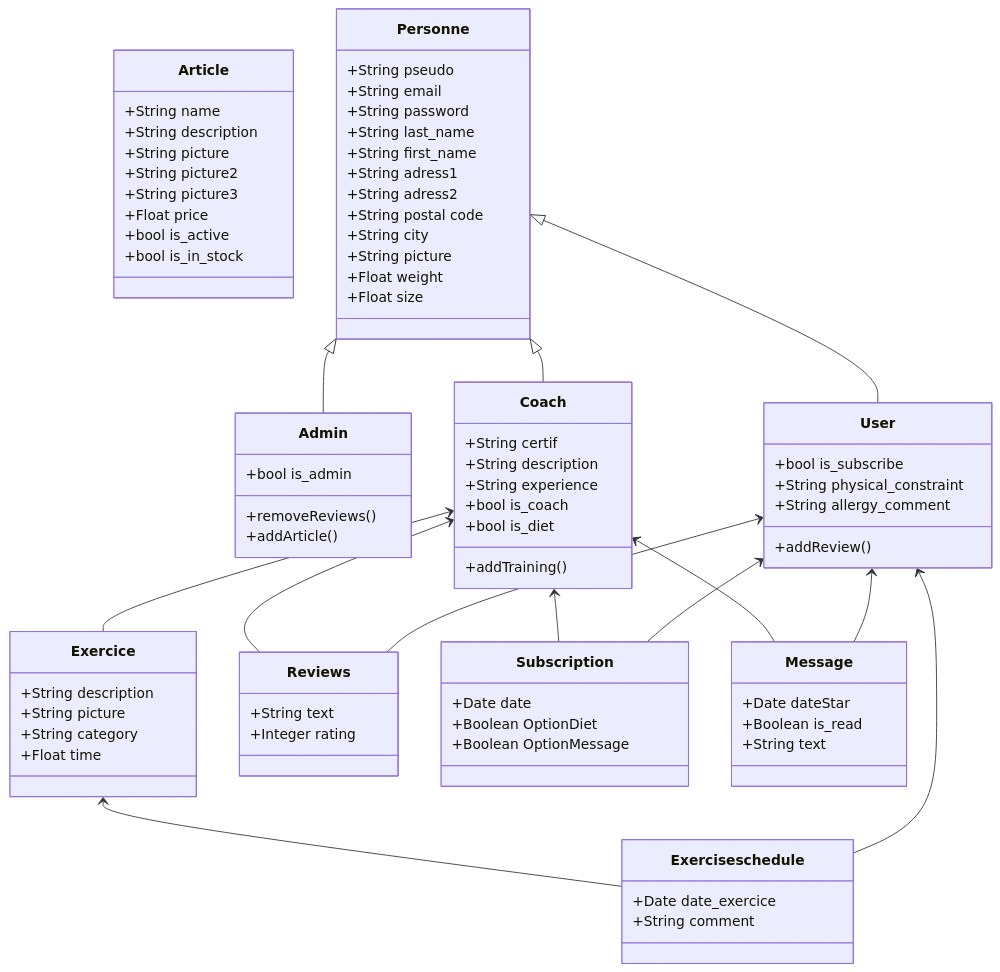
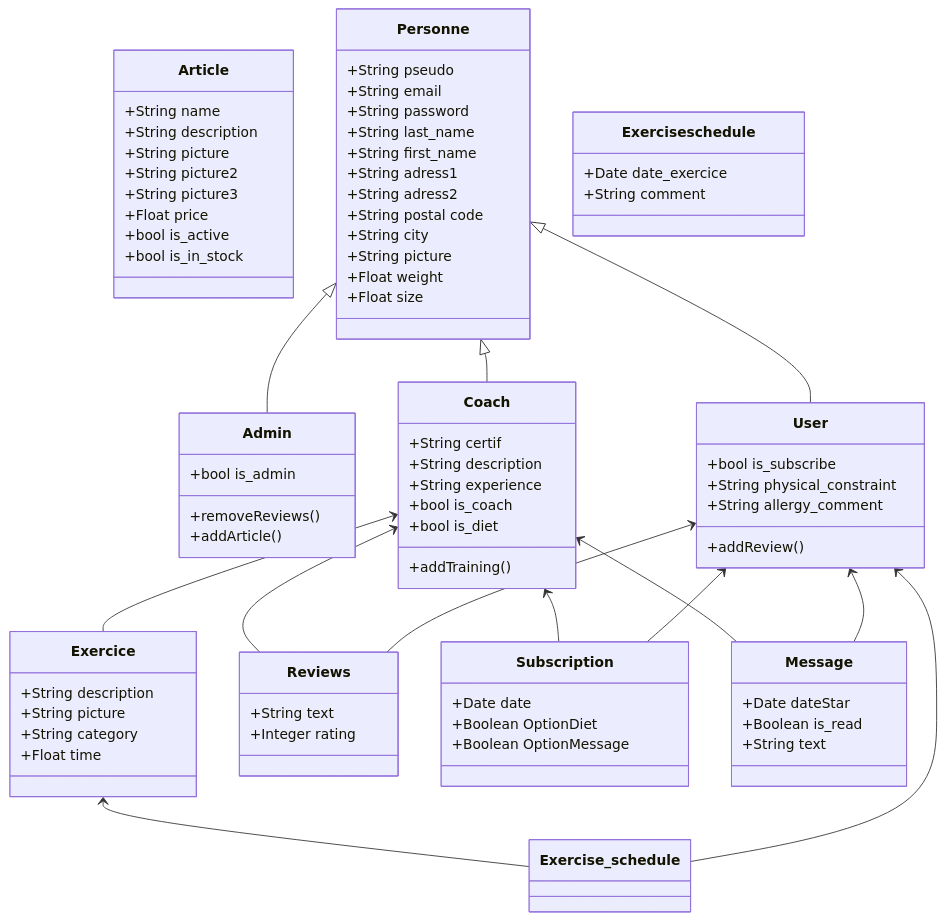
One commit to Genia888/FitnessHub changed the diagram in Documentation/class_diagram.md. Above: the diagram before and after it, drawn with Mermaid.

Commit message:
Fix class diagram naming inconsistency for Exercise_schedule

```diff
--- a/Documentation/class_diagram.md
+++ b/Documentation/class_diagram.md
@@ -82,8 +82,8 @@
 	    +String text
     }
     
-    Exercice <-- Exercise schedule
-    User <-- Exercise schedule
+    Exercice <-- Exercise_schedule
+    User <-- Exercise_schedule
     Coach <-- Exercice
     Personne <|-- Admin
     Personne <|-- User
```
